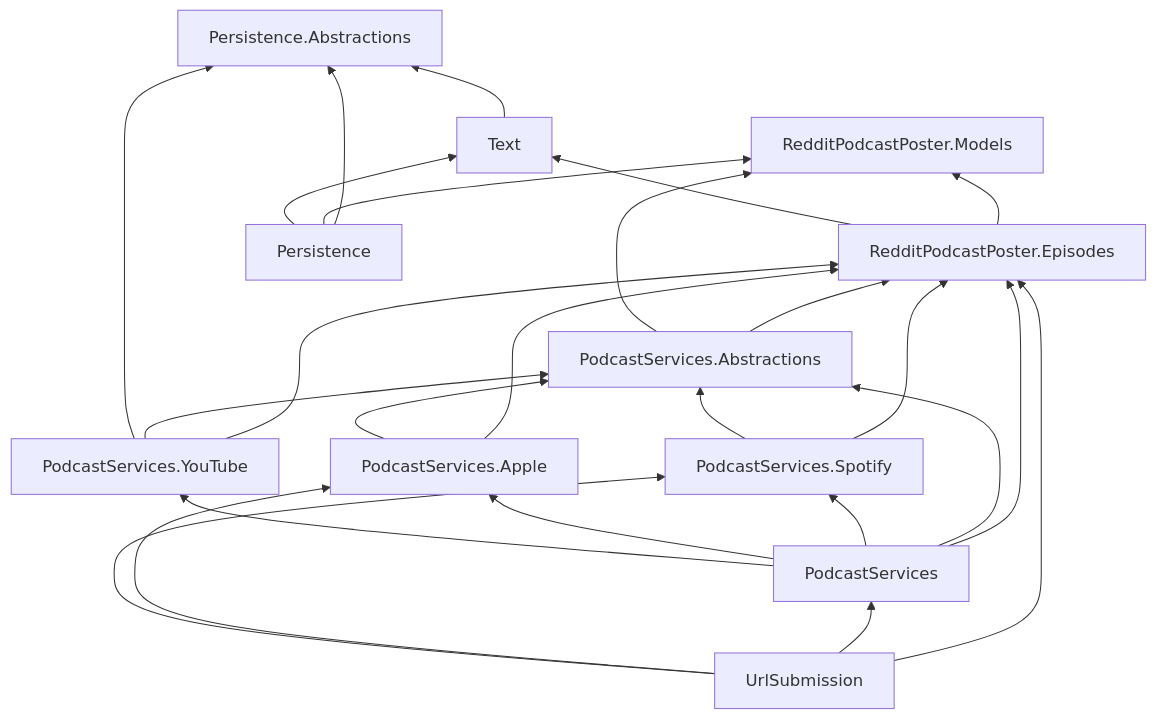
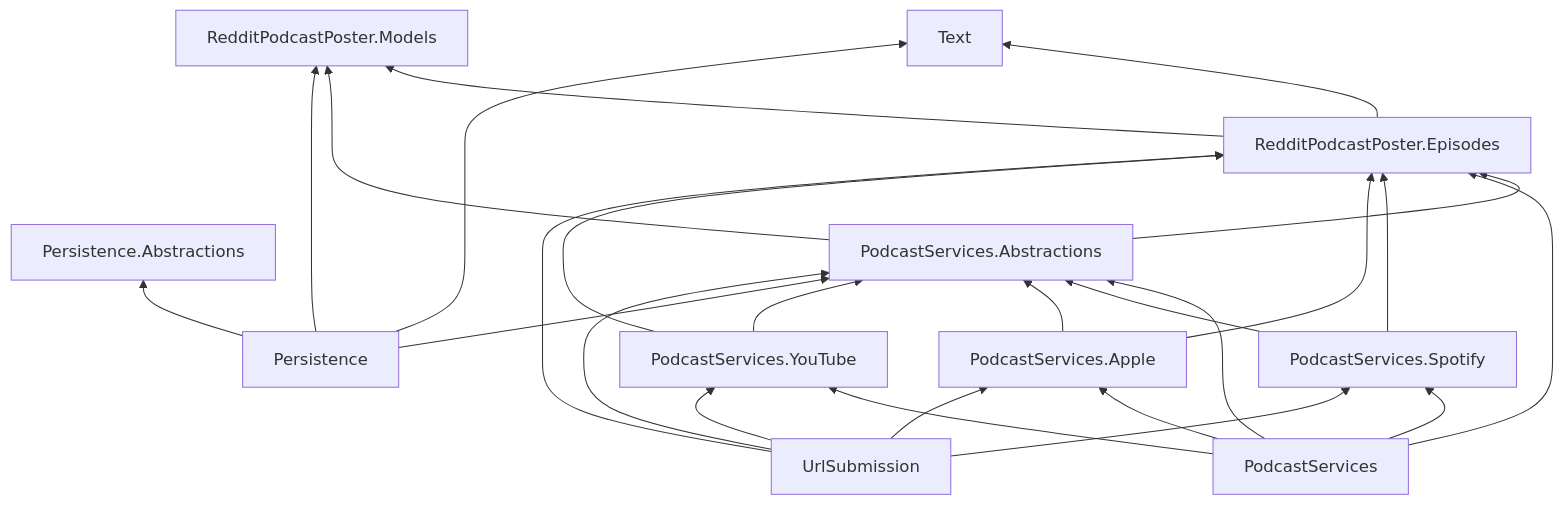
The fourth of 4 diagrams in Class-Libraries/RedditPodcastPoster.Episodes/architecture.md (cultpodcasts/RedditPodcastPoster), drawn with Mermaid before and after one commit. The commit also changed other lines of this file and 1 other file, not shown here.

````diff
--- a/Class-Libraries/RedditPodcastPoster.Episodes/architecture.md
+++ b/Class-Libraries/RedditPodcastPoster.Episodes/architecture.md
@@ -329,23 +329,21 @@
 ```mermaid
 flowchart BT
     Models[RedditPodcastPoster.Models]
     Episodes[RedditPodcastPoster.Episodes]
     PersAbstr[Persistence.Abstractions]
     Abstr[PodcastServices.Abstractions]
     PS[PodcastServices]
     SP[PodcastServices.Spotify]
     AP[PodcastServices.Apple]
     YT[PodcastServices.YouTube]
     Pers[Persistence]
     US[UrlSubmission]
     Text[Text]
 
     Episodes --> Models & Text
     Abstr --> Episodes & Models
     PS --> Episodes & Abstr & SP & AP & YT
     SP & AP & YT --> Episodes & Abstr
-    Pers --> PersAbstr & Models & Text
-    US --> Episodes & PS & AP & SP
-    YT --> PersAbstr
-    Text --> PersAbstr
+    Pers --> PersAbstr & Models & Text & Abstr
+    US --> Episodes & Abstr & SP & AP & YT
 ```
````
